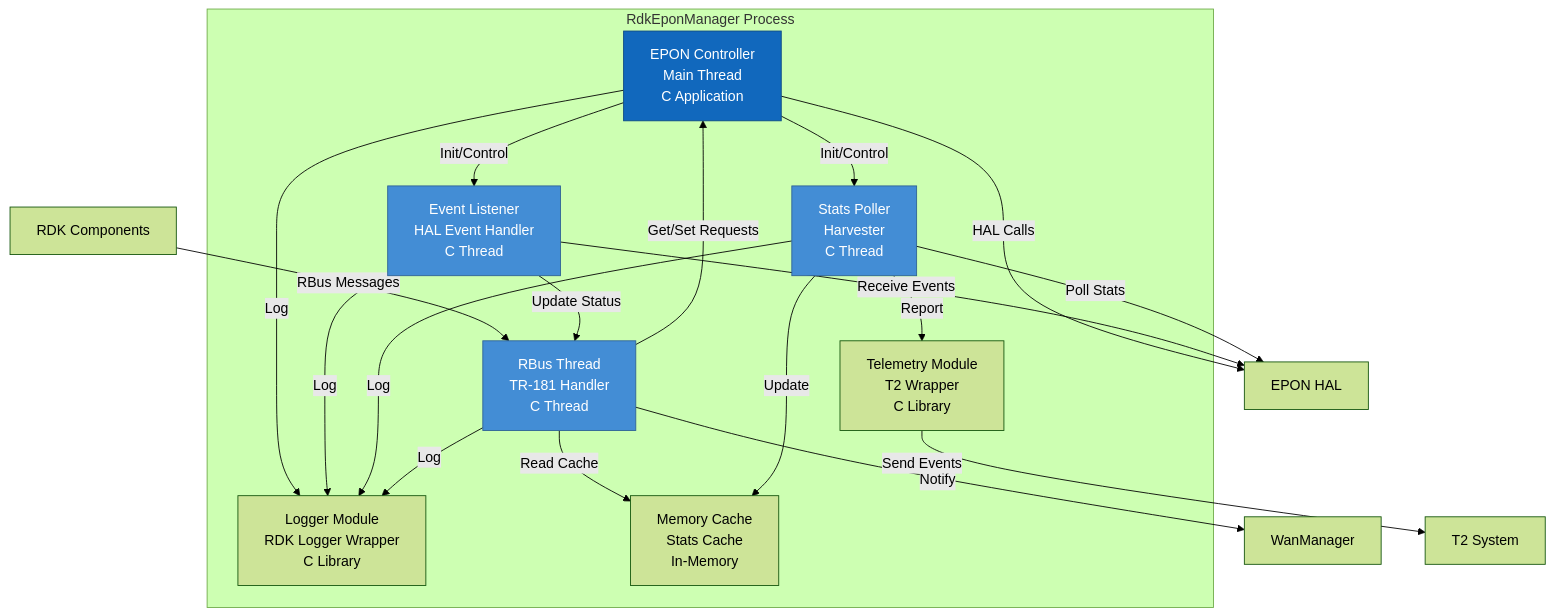
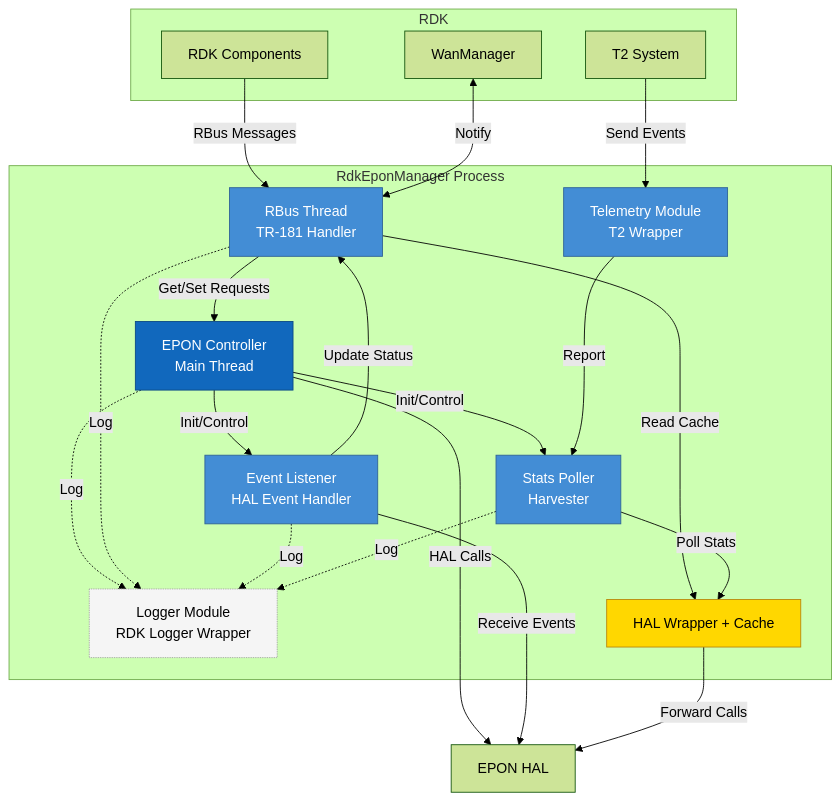
Before and after one commit to rdkcentral/epon-manager: the fourth of 5 diagrams in design_docs/02_Architecture.md, drawn with Mermaid (forest theme). The commit also changed other lines of this file and 5 other files, not shown here.

Commit message:
Refactor architecture and component design documentation; add configuration details and remove obsolete data flow section

````diff
--- a/design_docs/02_Architecture.md
+++ b/design_docs/02_Architecture.md
@@ -114,40 +117,51 @@
 ```mermaid
 graph TB
+    subgraph RDK
+        User[RDK Components]
+        WanMgr[WanManager]
+        T2[T2 System]
+    end
+    HAL[EPON HAL]
+    
     subgraph RdkEponManager Process
-        Controller[EPON Controller<br/>Main Thread<br/>C Application]
-        RBusThread[RBus Thread<br/>TR-181 Handler<br/>C Thread]
-        EventListener[Event Listener<br/>HAL Event Handler<br/>C Thread]
-        StatsPoller[Stats Poller<br/>Harvester<br/>C Thread]
-        Logger[Logger Module<br/>RDK Logger Wrapper<br/>C Library]
-        Telemetry[Telemetry Module<br/>T2 Wrapper<br/>C Library]
-        Cache[Memory Cache<br/>Stats Cache<br/>In-Memory]
+        RBusThread[RBus Thread<br/>TR-181 Handler]
+        Logger[Logger Module<br/>RDK Logger Wrapper]
+        Controller[EPON Controller<br/>Main Thread]
+        EventListener[Event Listener<br/>HAL Event Handler]
+        StatsPoller[Stats Poller<br/>Harvester]
+        Telemetry[Telemetry Module<br/>T2 Wrapper]
+        HALWrapper[HAL Wrapper + Cache]
     end
     
-    User[RDK Components] -->|RBus Messages| RBusThread
+    User -->|RBus Messages| RBusThread
     RBusThread -->|Get/Set Requests| Controller
-    RBusThread -->|Read Cache| Cache
+    RBusThread -->|Read Cache| HALWrapper
+    WanMgr <-->|Notify| RBusThread
     
     Controller -->|Init/Control| EventListener
     Controller -->|Init/Control| StatsPoller
-    Controller -->|HAL Calls| HAL[EPON HAL]
+    Controller -->|HAL Calls| HAL
     
     EventListener -->|Receive Events| HAL
     EventListener -->|Update Status| RBusThread
     
-    StatsPoller -->|Poll Stats| HAL
-    StatsPoller -->|Update| Cache
-    StatsPoller -->|Report| Telemetry
+    StatsPoller -->|Poll Stats| HALWrapper
+    Telemetry -->|Report| StatsPoller
     
-    Controller -->|Log| Logger
-    EventListener -->|Log| Logger
-    StatsPoller -->|Log| Logger
-    RBusThread -->|Log| Logger
+    T2 -->|Send Events| Telemetry
     
-    RBusThread -->|Notify| WanMgr[WanManager]
-    Telemetry -->|Send Events| T2[T2 System]
+    HALWrapper -->|Forward Calls| HAL
+    
+    Controller -.->|Log| Logger
+    RBusThread -.->|Log| Logger
+    EventListener -.->|Log| Logger
+    StatsPoller -.->|Log| Logger
     
     style Controller fill:#1168bd,stroke:#0b4884,color:#ffffff
     style RBusThread fill:#438dd5,stroke:#2e6295,color:#ffffff
     style EventListener fill:#438dd5,stroke:#2e6295,color:#ffffff
     style StatsPoller fill:#438dd5,stroke:#2e6295,color:#ffffff
+    style HALWrapper fill:#FFD700,stroke:#B8860B,color:#000000
+    style Telemetry fill:#438dd5,stroke:#2e6295,color:#ffffff
+    style Logger fill:#F5F5F5,stroke:#999999,stroke-dasharray: 1 1
 ```
````
